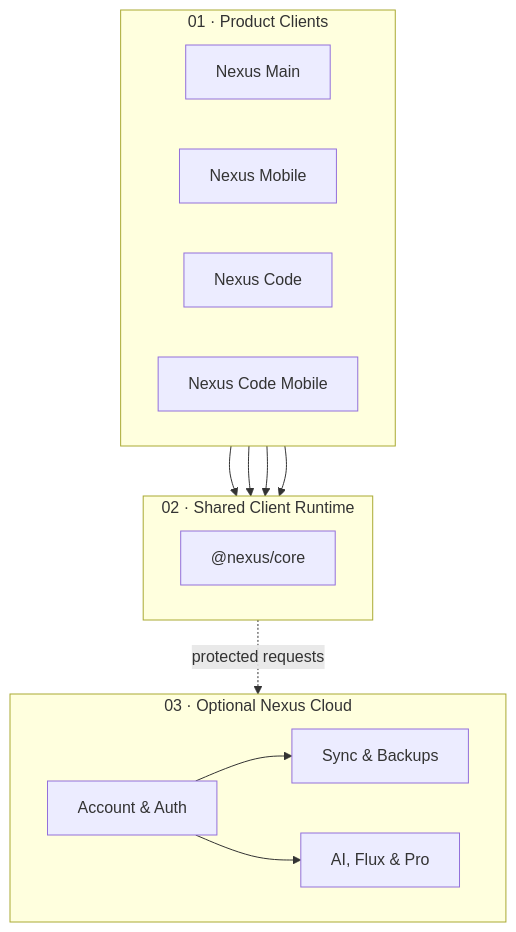
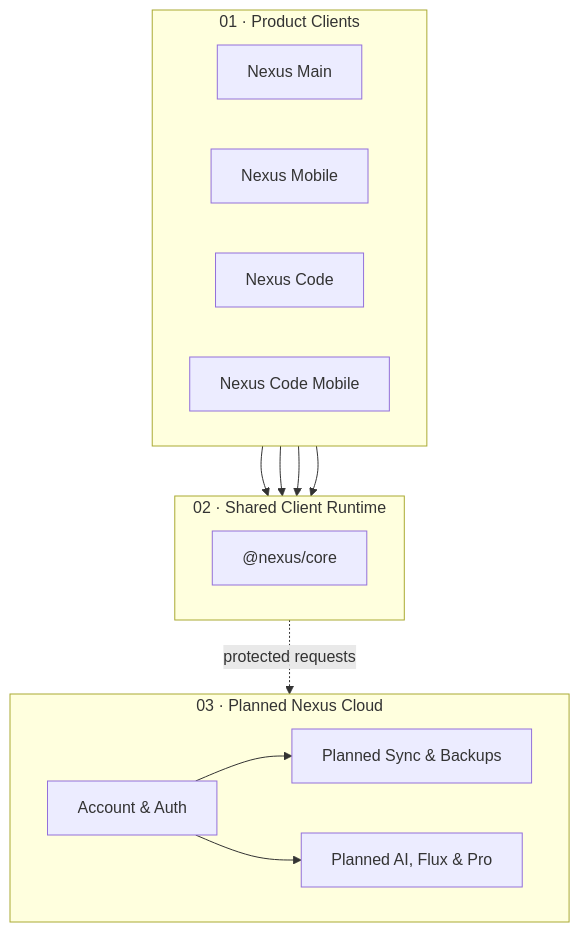
Before and after one commit to YoungJibbit95/Nexus-Ecosystem: the diagram in README.md, drawn with Mermaid. The commit also changed other lines of this file and 55 other files, not shown here.

````diff
--- a/README.md
+++ b/README.md
@@ -309,30 +310,30 @@
 ```mermaid
 flowchart TB
   subgraph CLIENTS["01 · Product Clients"]
     direction LR
     A["Nexus Main"]
     B["Nexus Mobile"]
     C["Nexus Code"]
     D["Nexus Code Mobile"]
   end
 
   subgraph RUNTIME["02 · Shared Client Runtime"]
     direction LR
     E["@nexus/core"]
   end
 
-  subgraph CLOUD["03 · Optional Nexus Cloud"]
+  subgraph CLOUD["03 · Planned Nexus Cloud"]
     direction LR
     F["Account & Auth"]
-    G["Sync & Backups"]
-    H["AI, Flux & Pro"]
+    G["Planned Sync & Backups"]
+    H["Planned AI, Flux & Pro"]
   end
 
   A --> E
   B --> E
   C --> E
   D --> E
   E -. protected requests .-> F
   F --> G
   F --> H
 ```
````
